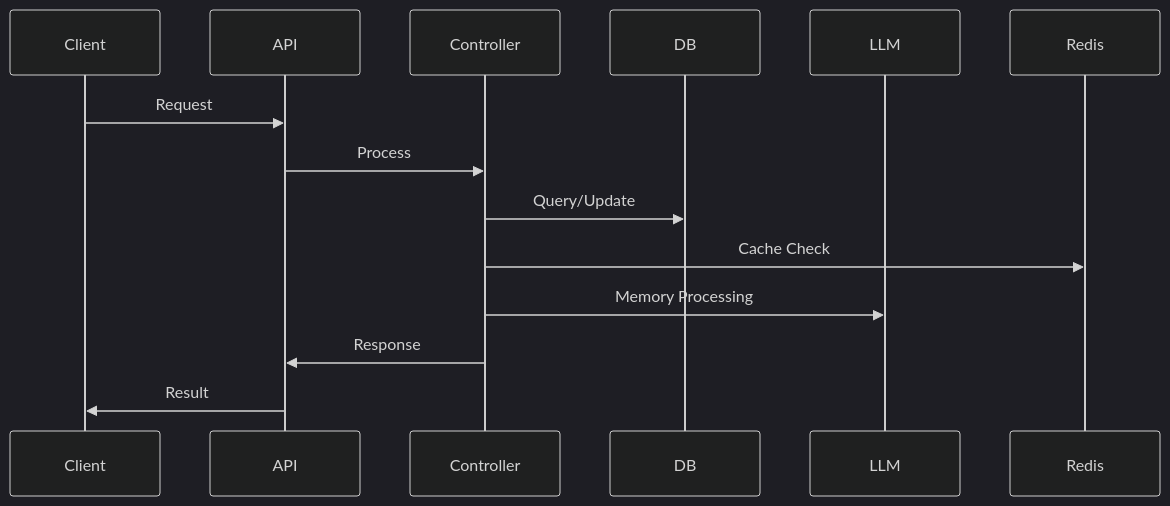
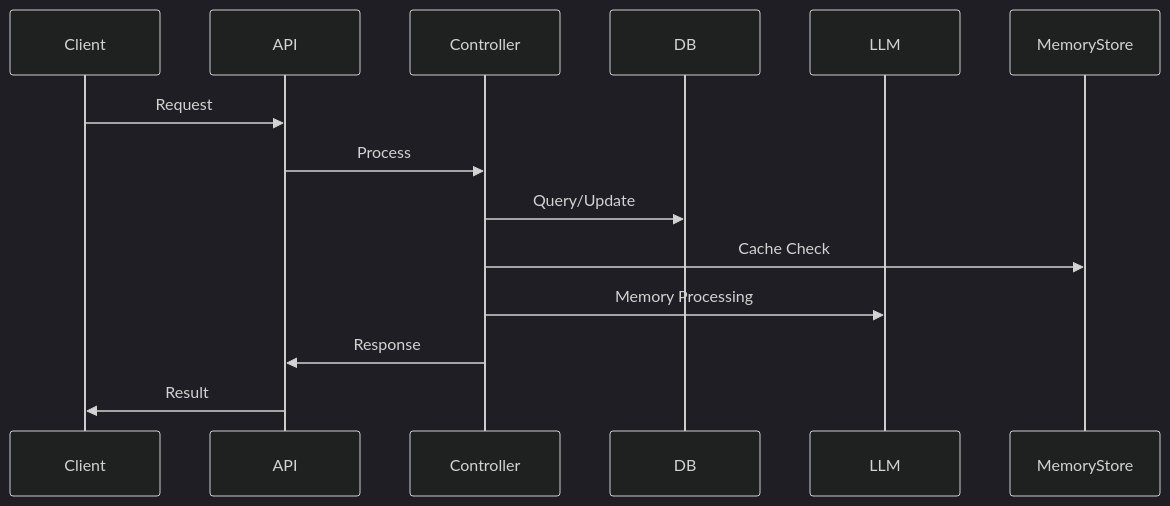
Before and after one commit to 0000005/WeAgentChat: the second of 3 diagrams in mem-system/DEVELOPMENT.md, drawn with Mermaid (dark theme). The commit also changed other lines of this file and 1 other file, not shown here.

````diff
--- a/mem-system/DEVELOPMENT.md
+++ b/mem-system/DEVELOPMENT.md
@@ -55,17 +56,17 @@
 ```mermaid
 sequenceDiagram
     participant Client
     participant API
     participant Controller
     participant DB
     participant LLM
-    participant Redis
+    participant MemoryStore
 
     Client->>API: Request
     API->>Controller: Process
     Controller->>DB: Query/Update
-    Controller->>Redis: Cache Check
+    Controller->>MemoryStore: Cache Check
     Controller->>LLM: Memory Processing
     Controller->>API: Response
     API->>Client: Result
 ```
````
